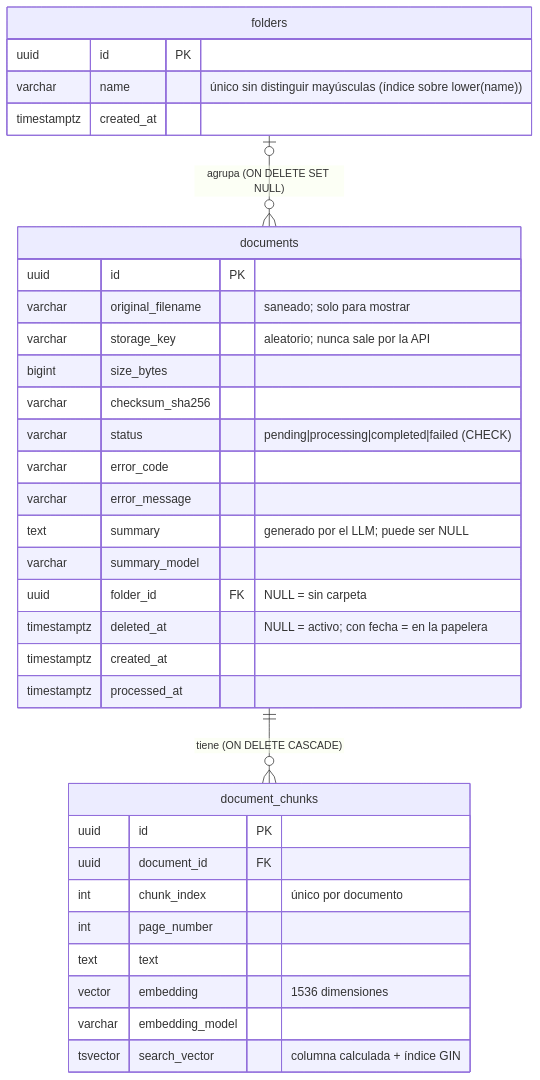
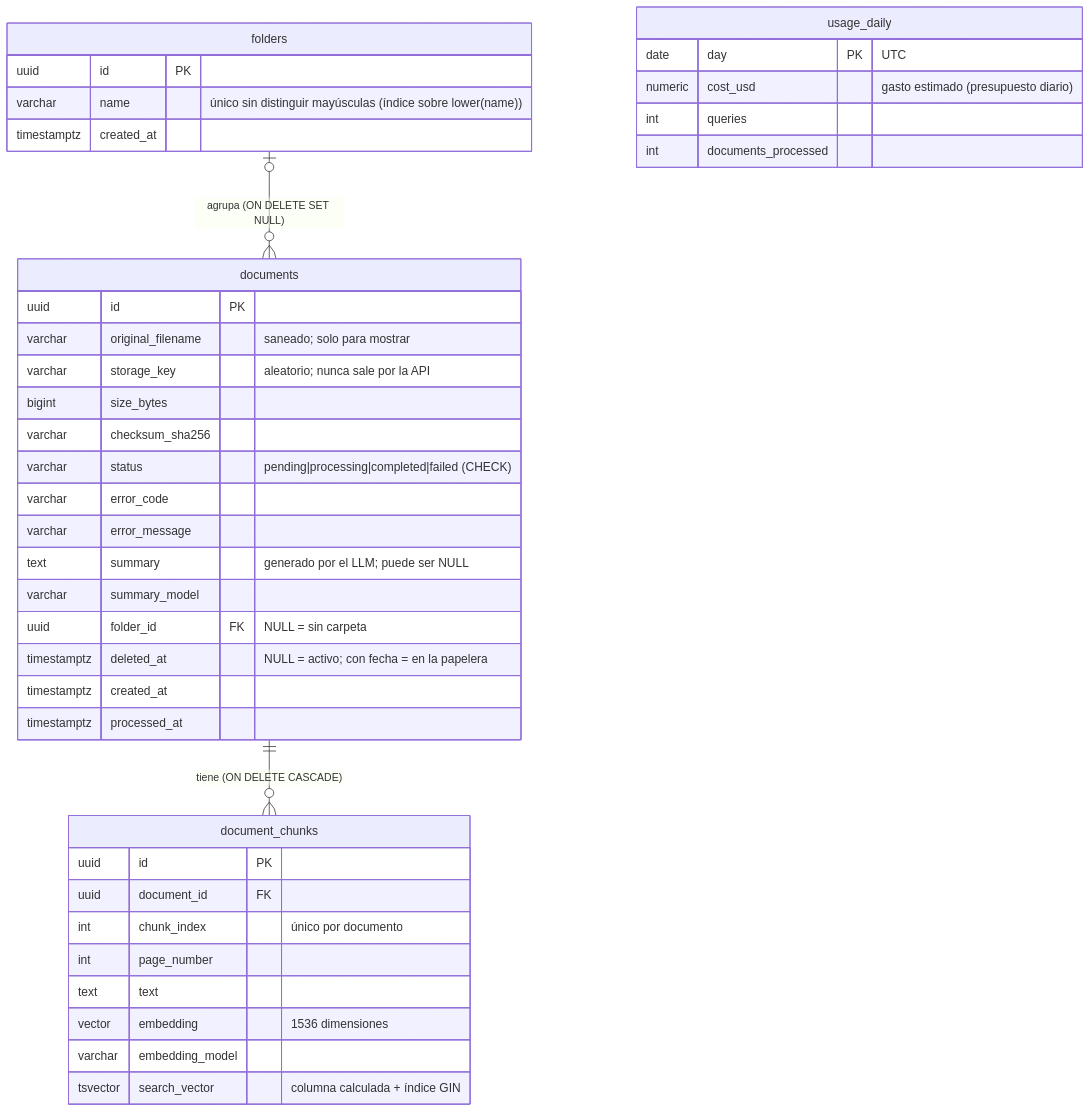
Before and after one commit to ivanqenk/rag: the fourth of 4 diagrams in docs/architecture.md, drawn with Mermaid. The commit also changed other lines of this file and 32 other files, not shown here.

First line of the commit message:
Límites y cuotas: frecuencia por IP, presupuesto diario y espacio

````diff
--- a/docs/architecture.md
+++ b/docs/architecture.md
@@ -97,36 +97,42 @@
 ```mermaid
 erDiagram
     folders |o--o{ documents : "agrupa (ON DELETE SET NULL)"
     documents ||--o{ document_chunks : "tiene (ON DELETE CASCADE)"
+    usage_daily {
+        date day PK "UTC"
+        numeric cost_usd "gasto estimado (presupuesto diario)"
+        int queries
+        int documents_processed
+    }
     folders {
         uuid id PK
         varchar name "único sin distinguir mayúsculas (índice sobre lower(name))"
         timestamptz created_at
     }
     documents {
         uuid id PK
         varchar original_filename "saneado; solo para mostrar"
         varchar storage_key "aleatorio; nunca sale por la API"
         bigint size_bytes
         varchar checksum_sha256
         varchar status "pending|processing|completed|failed (CHECK)"
         varchar error_code
         varchar error_message
         text summary "generado por el LLM; puede ser NULL"
         varchar summary_model
         uuid folder_id FK "NULL = sin carpeta"
         timestamptz deleted_at "NULL = activo; con fecha = en la papelera"
         timestamptz created_at
         timestamptz processed_at
     }
     document_chunks {
         uuid id PK
         uuid document_id FK
         int chunk_index "único por documento"
         int page_number
         text text
         vector embedding "1536 dimensiones"
         varchar embedding_model
         tsvector search_vector "columna calculada + índice GIN"
     }
 ```
````
